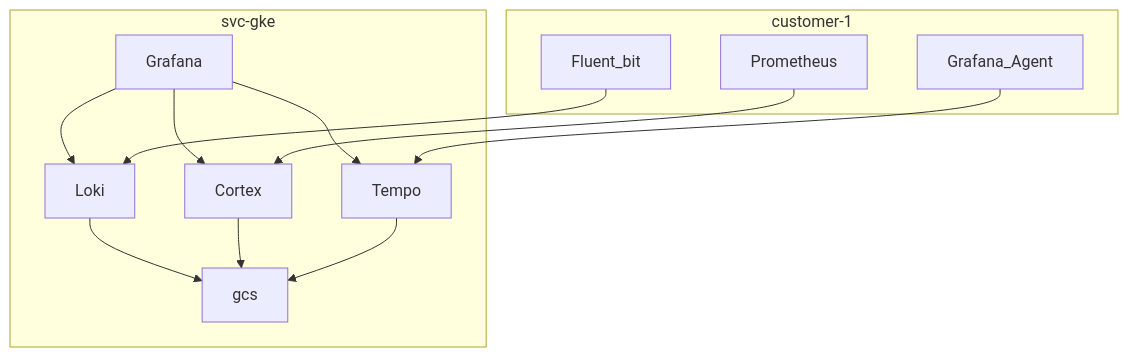
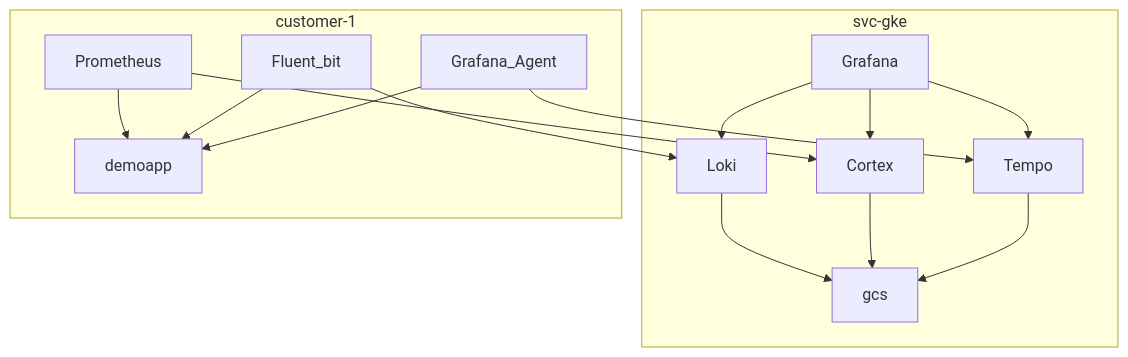
The first of 2 diagrams in diagrams/examples/monitor.md (edwardwu/gitrepo), drawn with Mermaid before and after one commit.

Commit message:
add monitor.md - add demoapp

````diff
--- a/diagrams/examples/monitor.md
+++ b/diagrams/examples/monitor.md
@@ -1,13 +1,16 @@
 ```mermaid
 flowchart TB
     subgraph svc-gke
     Grafana-->Loki-->gcs
     Grafana-->Cortex-->gcs
     Grafana-->Tempo-->gcs
     end
     subgraph customer-1
     Prometheus-->Cortex
+    Prometheus-->demoapp
     Fluent_bit-->Loki
+    Fluent_bit-->demoapp
     Grafana_Agent-->Tempo
+    Grafana_Agent-->demoapp
     end
 ```
````
